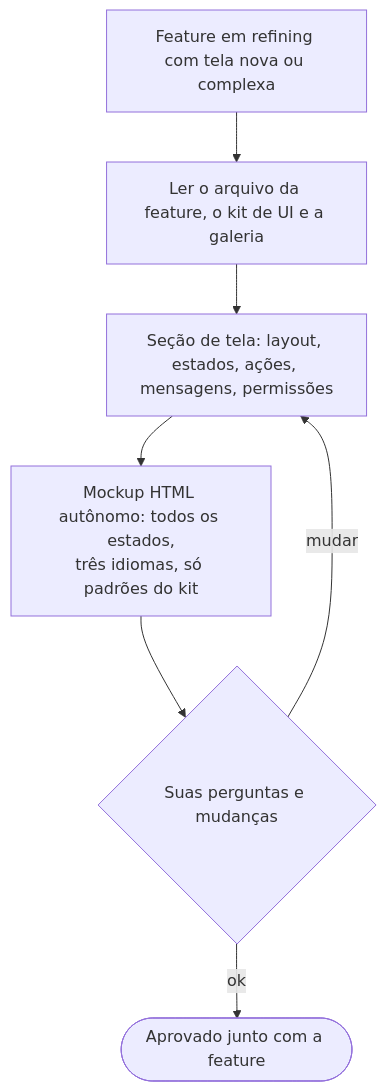
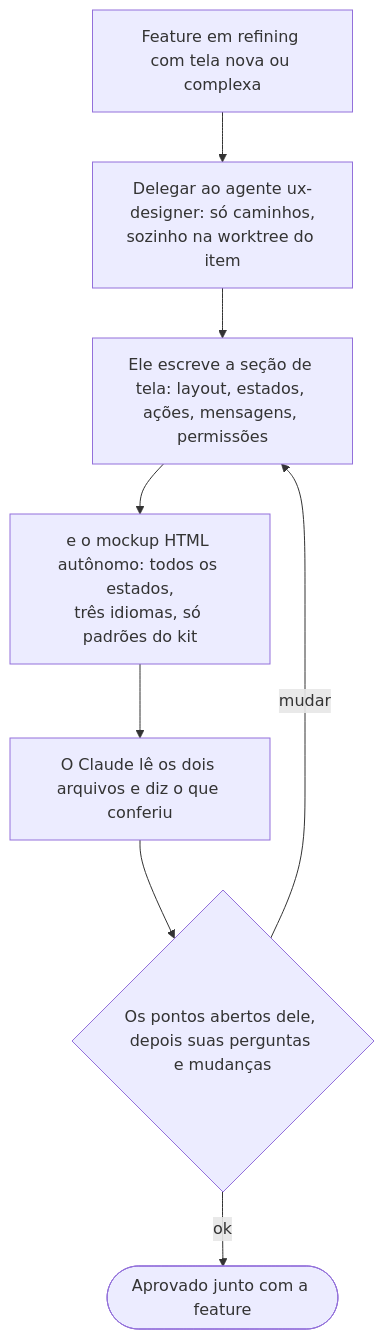
One commit to alexcanario/simulab changed the eighth of 18 diagrams in docs/agile/workflow.pt-BR.md. Above: the diagram before and after it, drawn with Mermaid. The commit also changed other lines of this file and 7 other files, not shown here.

````diff
--- a/docs/agile/workflow.pt-BR.md
+++ b/docs/agile/workflow.pt-BR.md
@@ -1229,9 +1259,10 @@
 ```mermaid
 flowchart TD
-    A["Feature em refining com tela nova ou complexa"] --> B["Ler o arquivo da feature, o kit de UI e a galeria"]
-    B --> C["Seção de tela: layout, estados, ações, mensagens, permissões"]
-    C --> D["Mockup HTML autônomo: todos os estados,<br/>três idiomas, só padrões do kit"]
-    D --> E{"Suas perguntas e mudanças"}
+    A["Feature em refining com tela nova ou complexa"] --> B["Delegar ao agente ux-designer: só caminhos,<br/>sozinho na worktree do item"]
+    B --> C["Ele escreve a seção de tela: layout, estados, ações, mensagens, permissões"]
+    C --> D["e o mockup HTML autônomo: todos os estados,<br/>três idiomas, só padrões do kit"]
+    D --> D1["O Claude lê os dois arquivos e diz o que conferiu"]
+    D1 --> E{"Os pontos abertos dele, depois suas perguntas e mudanças"}
     E -->|mudar| C
     E -->|ok| F(["Aprovado junto com a feature"])
 ```
````
